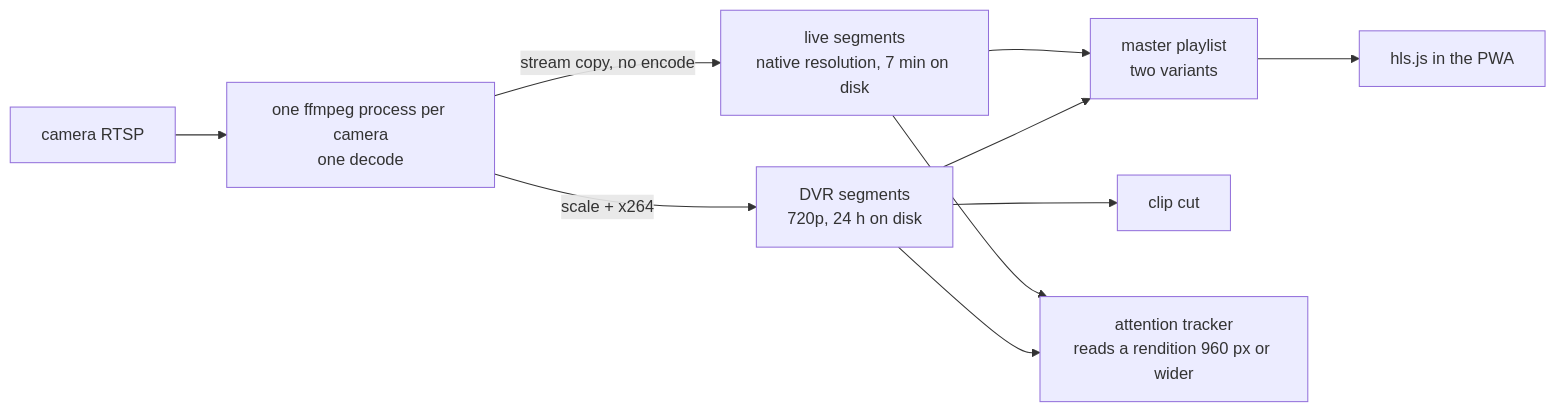
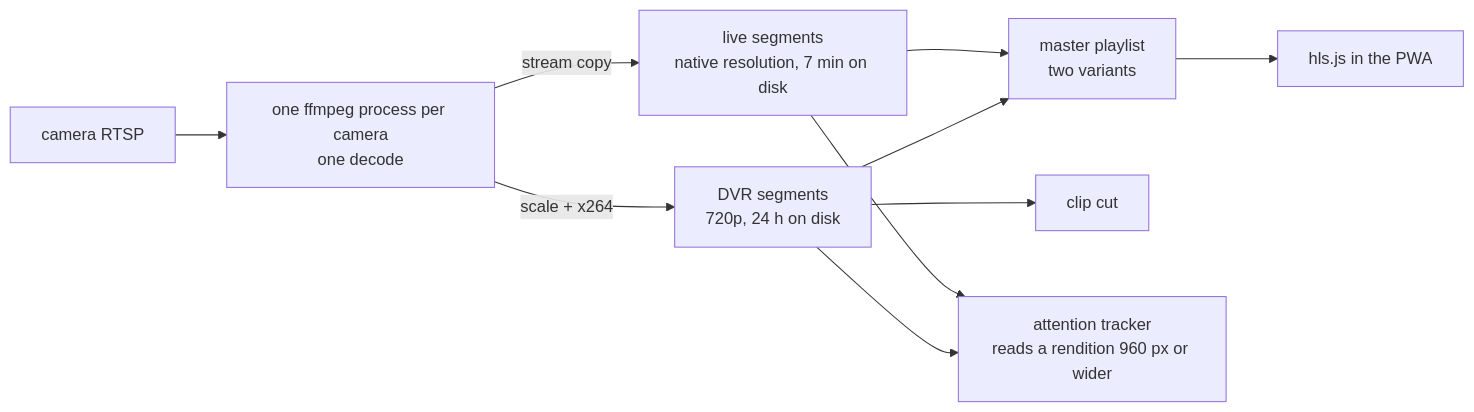
One commit to Franciskid/homelab-camera changed the first of 3 diagrams in README.md. Above: the diagram before and after it, drawn with Mermaid. The commit also changed other lines of this file, not shown here.

````diff
--- a/README.md
+++ b/README.md
@@ -38,12 +38,12 @@
 ```mermaid
 flowchart LR
   cam["camera RTSP"] --> ff["one ffmpeg process per camera<br/>one decode"]
-  ff -->|"stream copy, no encode"| live["live segments<br/>native resolution, 7 min on disk"]
+  ff -->|"stream copy"| live["live segments<br/>native resolution, 7 min on disk"]
   ff -->|"scale + x264"| dvr["DVR segments<br/>720p, 24 h on disk"]
   live --> master["master playlist<br/>two variants"]
   dvr --> master
   master --> player["hls.js in the PWA"]
   dvr --> clip["clip cut"]
   live --> track["attention tracker<br/>reads a rendition 960 px or wider"]
   dvr --> track
 ```
````
